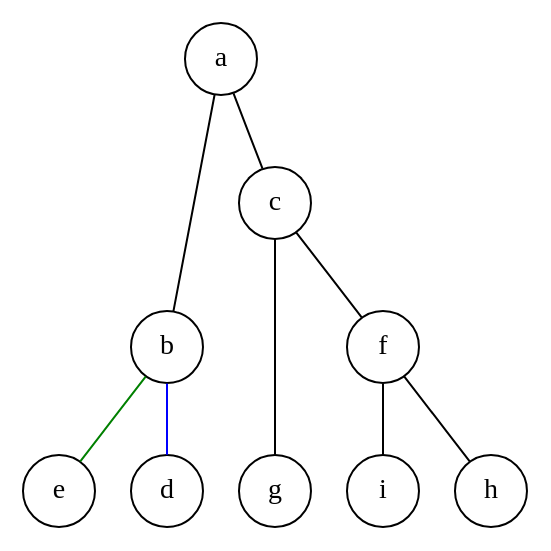
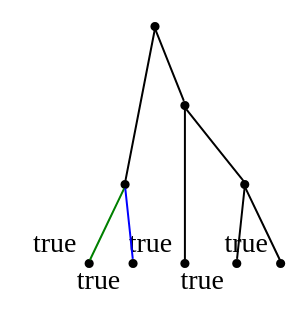
The diagram in test_dot_files/graph2.dot (JuliaPhylo/PhyloNetworks.jl), drawn with Graphviz before and after one commit. The commit also changed 3 other files, not shown here.

```diff
--- a/test_dot_files/graph2.dot
+++ b/test_dot_files/graph2.dot
@@ -1,17 +1,17 @@
 graph {
-    node [shape = circle];
+    node [shape = point];
     rank=max a;
 
     subgraph {
-              e, g, i, h, d;
+              e, g, i, h, d [xlabel=true];
     }
 
 		a -- b;
 		a -- c;
 		b -- d [color=blue];
 		b -- e [color=green];
 		c -- f;
 		c -- g;
     f -- h;
     f -- i;
 	}
```
